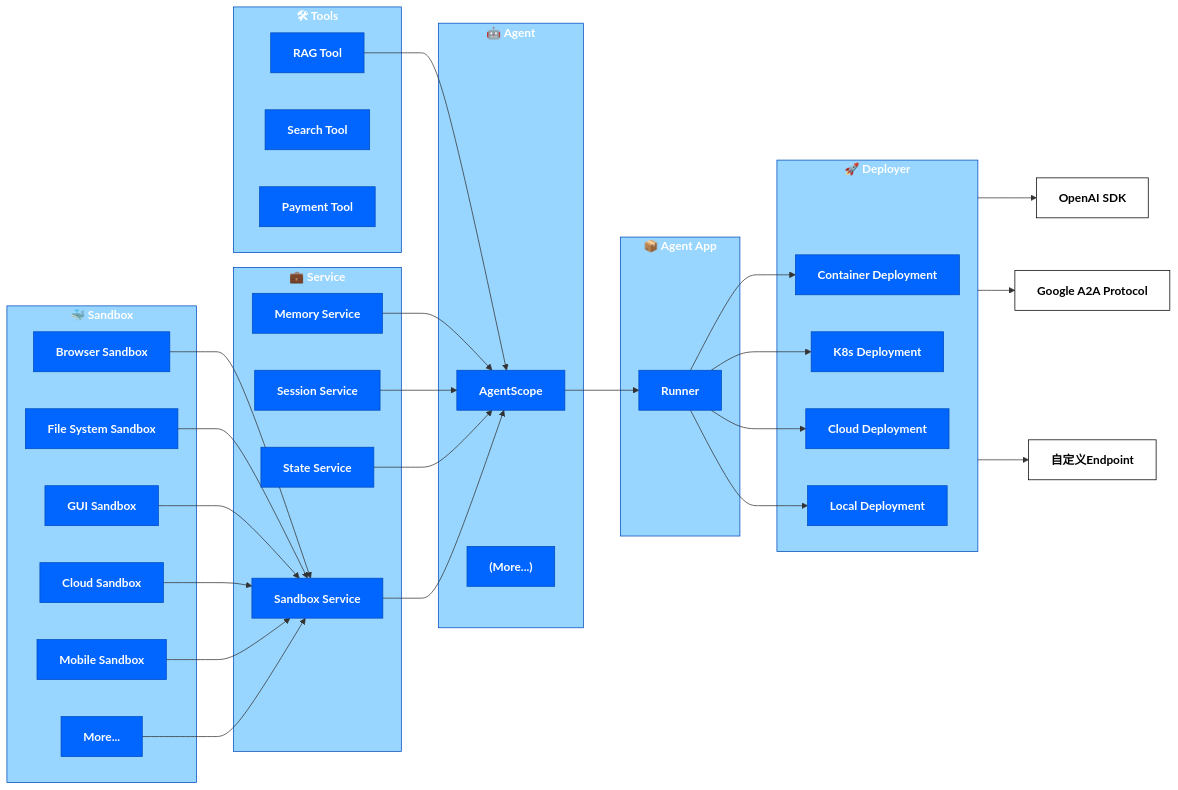
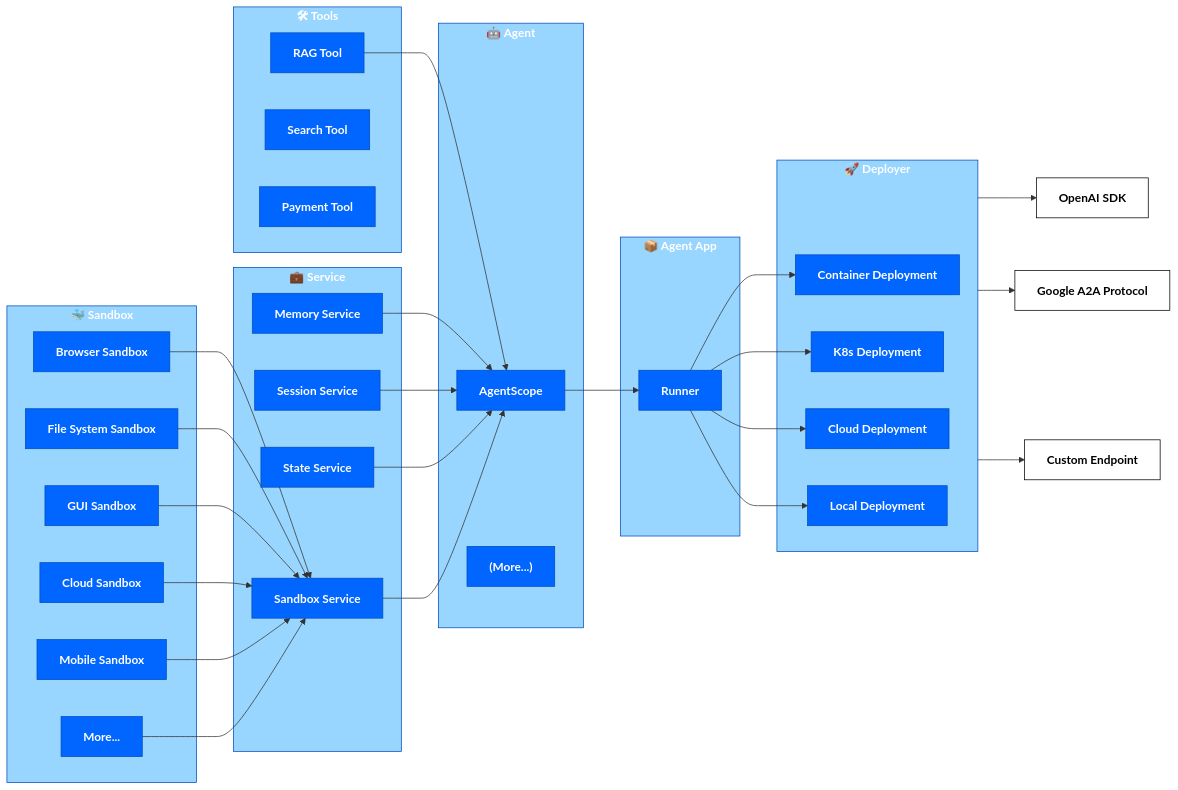
Before and after one commit to rayrayraykk/agentscope-runtime: the diagram in cookbook/en/concept.md, drawn with Mermaid.

```diff
--- a/cookbook/en/concept.md
+++ b/cookbook/en/concept.md
@@ -69,7 +69,7 @@
     %% External Protocols
     OAI["OpenAI SDK"]:::ext
     A2A["Google A2A Protocol"]:::ext
-    CUS["自定义Endpoint"]:::ext
+    CUS["Custom Endpoint"]:::ext
 
     %% Internal connections
     RT --> AG
```
